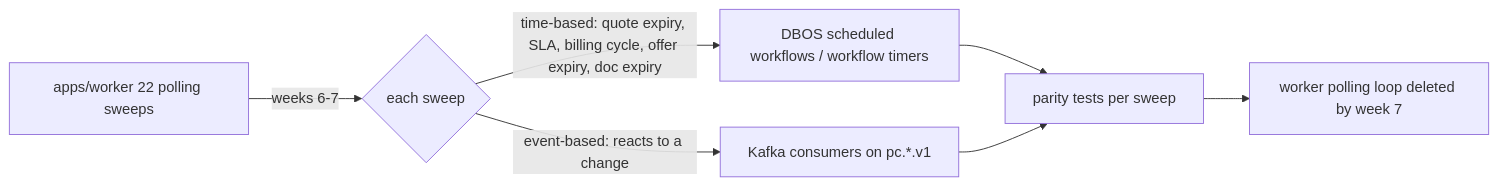
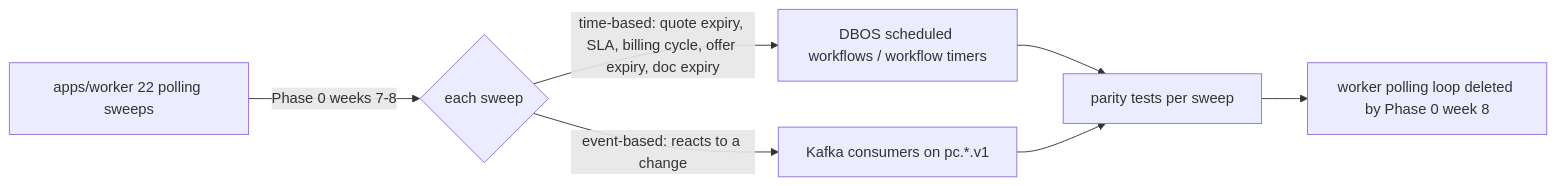
One commit to PORTERCHAIN-INC/PCD changed the third of 4 diagrams in docs/architecture/23_planned_events.md. Above: the diagram before and after it, drawn with Mermaid. The commit also changed 9 other files, not shown here.

Commit message:
docs(architecture): Phase 0 traceability (77), leads/CRM (78), three consistency passes

````diff
--- a/docs/architecture/23_planned_events.md
+++ b/docs/architecture/23_planned_events.md
@@ -86,8 +86,8 @@
 ```mermaid
 flowchart LR
-  OLD[apps/worker 22 polling sweeps] -->|weeks 6-7| SPLIT{each sweep}
+  OLD[apps/worker 22 polling sweeps] -->|Phase 0 weeks 7-8| SPLIT{each sweep}
   SPLIT -->|time-based: quote expiry, SLA, billing cycle, offer expiry, doc expiry| SCH[DBOS scheduled workflows / workflow timers]
   SPLIT -->|event-based: reacts to a change| KC[Kafka consumers on pc.*.v1]
   SCH & KC --> PAR[parity tests per sweep]
-  PAR --> DEL[worker polling loop deleted by week 7]
+  PAR --> DEL[worker polling loop deleted by Phase 0 week 8]
 ```
````
